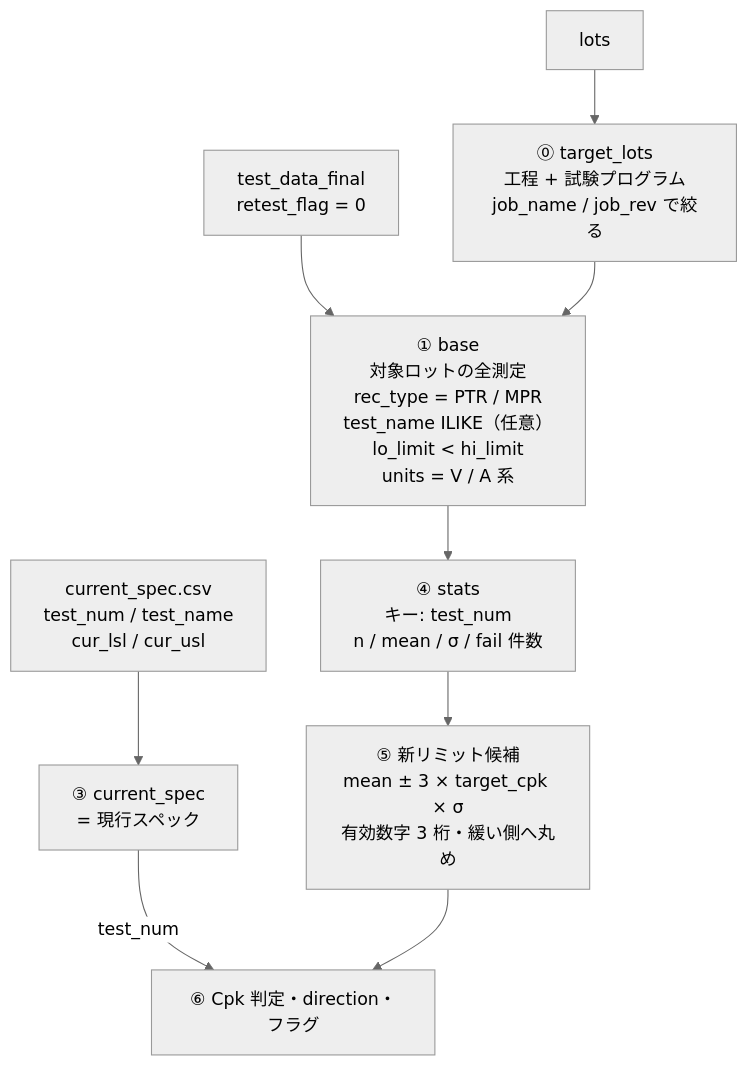
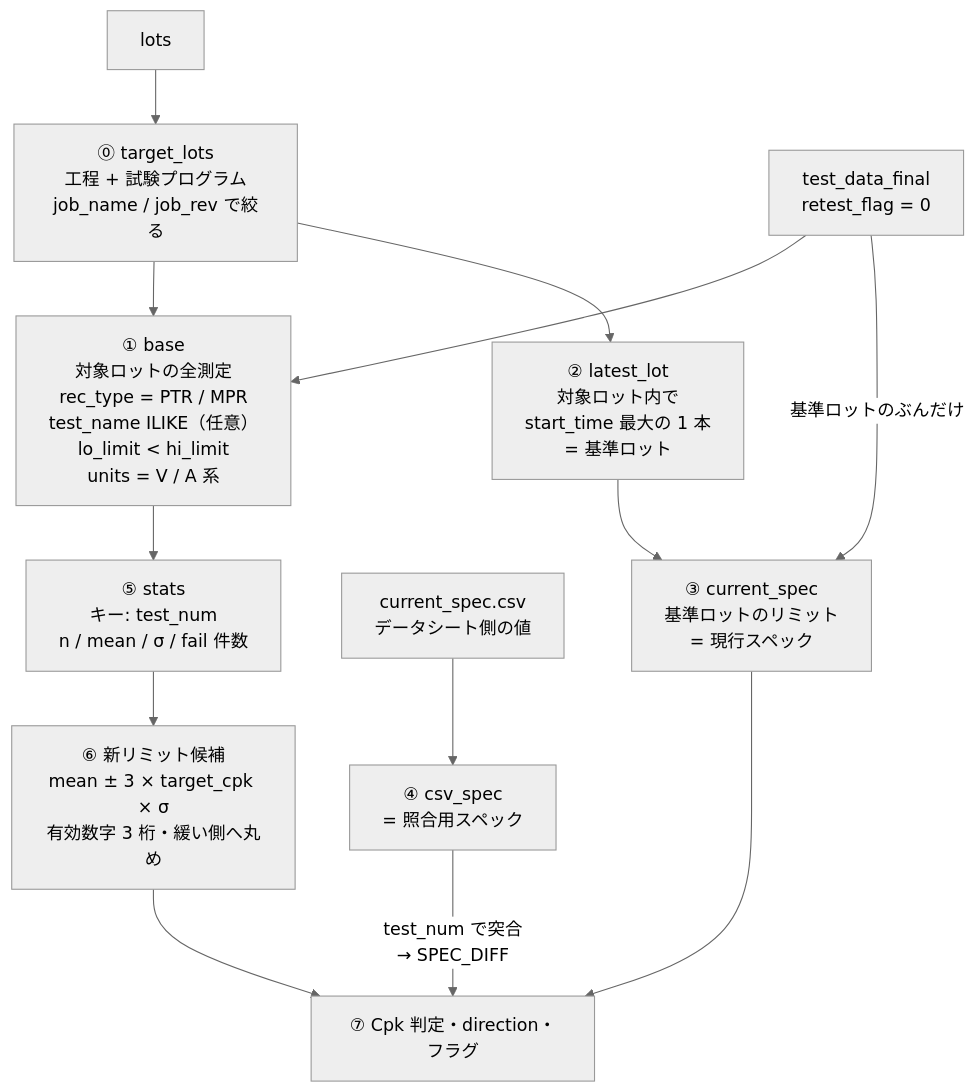
One commit to Kei0bb/STDF changed the first of 2 diagrams in docs/sample_queries.md. Above: the diagram before and after it, drawn with Mermaid (neutral theme). The commit also changed other lines of this file, not shown here.

First line of the commit message:
feat: 現行スペックを基準ロットに戻し CSV は照合用に、1 点判定を削除

````diff
--- a/docs/sample_queries.md
+++ b/docs/sample_queries.md
@@ -801,14 +806,18 @@
 ```mermaid
 flowchart TD
     LO["lots"] --> TL["⓪ target_lots<br/>工程 + 試験プログラム<br/>job_name / job_rev で絞る"]
     TD["test_data_final<br/>retest_flag = 0"] --> BASE
     TL --> BASE
     BASE["① base<br/>対象ロットの全測定<br/>rec_type = PTR / MPR<br/>test_name ILIKE（任意）<br/>lo_limit &lt; hi_limit<br/>units = V / A 系"]
 
-    CSVIN["current_spec.csv<br/>test_num / test_name<br/>cur_lsl / cur_usl"] --> CS["③ current_spec<br/>= 現行スペック"]
+    TL --> LL["② latest_lot<br/>対象ロット内で<br/>start_time 最大の 1 本<br/>= 基準ロット"]
+    LL --> CS["③ current_spec<br/>基準ロットのリミット<br/>= 現行スペック"]
+    TD -->|"基準ロットのぶんだけ"| CS
+    CSVIN["current_spec.csv<br/>データシート側の値"] --> XS["④ csv_spec<br/>= 照合用スペック"]
 
-    BASE --> ST["④ stats<br/>キー: test_num<br/>n / mean / σ / fail 件数"]
-    ST --> CAND["⑤ 新リミット候補<br/>mean ± 3 × target_cpk × σ<br/>有効数字 3 桁・緩い側へ丸め"]
-    CS -->|"test_num"| JUDGE["⑥ Cpk 判定・direction・フラグ"]
+    BASE --> ST["⑤ stats<br/>キー: test_num<br/>n / mean / σ / fail 件数"]
+    ST --> CAND["⑥ 新リミット候補<br/>mean ± 3 × target_cpk × σ<br/>有効数字 3 桁・緩い側へ丸め"]
+    CS --> JUDGE["⑦ Cpk 判定・direction・フラグ"]
+    XS -->|"test_num で突合<br/>→ SPEC_DIFF"| JUDGE
     CAND --> JUDGE
 ```
````
